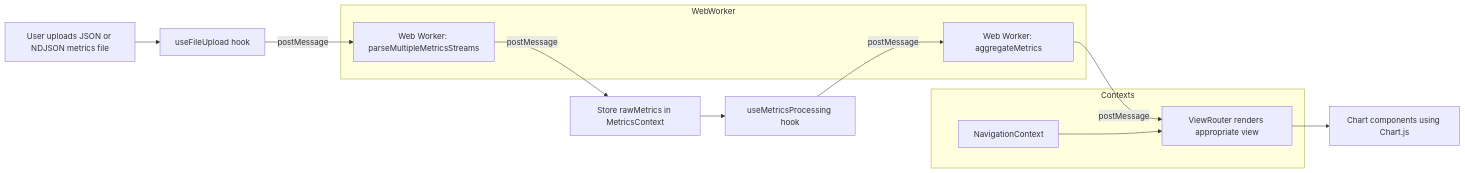
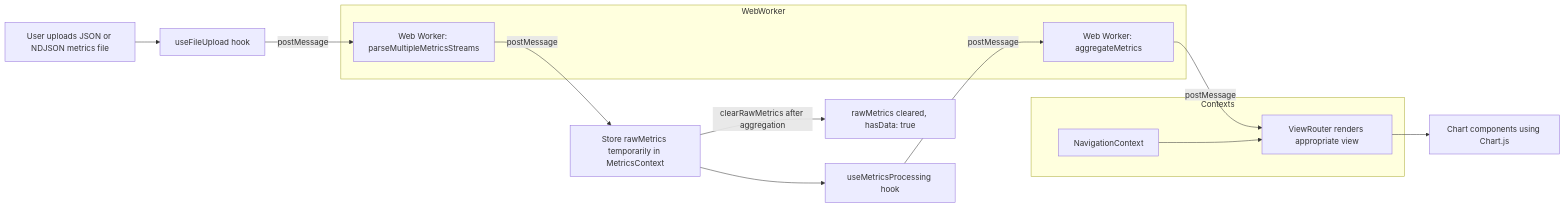
Before and after one commit to asizikov-demos/copilot-user-level-statistics-viewer: the first of 2 diagrams in docs/project-overview.md, drawn with Mermaid. The commit also changed other lines of this file, not shown here.

First line of the commit message:
docs: update architecture docs for aggregated-only data flow

````diff
--- a/docs/project-overview.md
+++ b/docs/project-overview.md
@@ -337,25 +362,27 @@
 ```mermaid
 flowchart LR
   A[User uploads JSON or NDJSON metrics file] --> B[useFileUpload hook]
 
   B -->|postMessage| W1[Web Worker: parseMultipleMetricsStreams]
 
-  W1 -->|postMessage| D[Store rawMetrics in MetricsContext]
+  W1 -->|postMessage| D[Store rawMetrics temporarily in MetricsContext]
 
   D --> E[useMetricsProcessing hook]
 
   E -->|postMessage| W2[Web Worker: aggregateMetrics]
 
   W2 -->|postMessage| F[ViewRouter renders appropriate view]
+
+  D -->|clearRawMetrics after aggregation| CLR[rawMetrics cleared, hasData: true]
 
   F --> G[Chart components using Chart.js]
 
   subgraph Contexts
     NC[NavigationContext] --> F
   end
 
   subgraph WebWorker
     W1
     W2
   end
 ```
````
